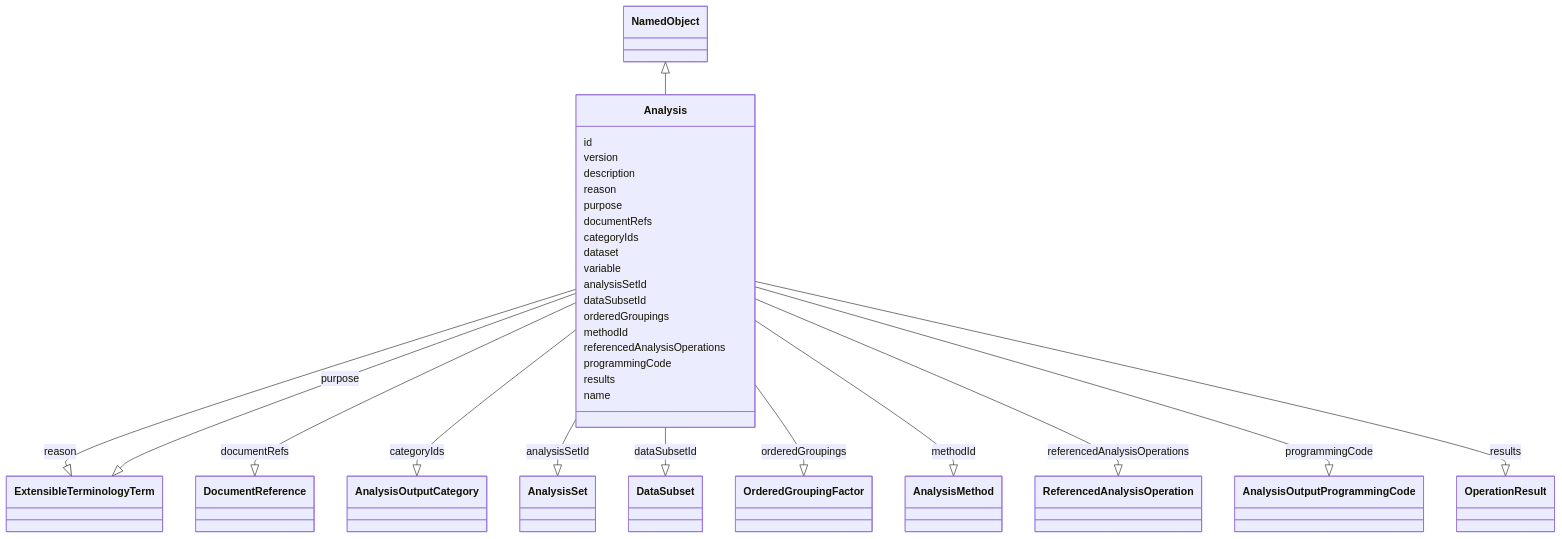
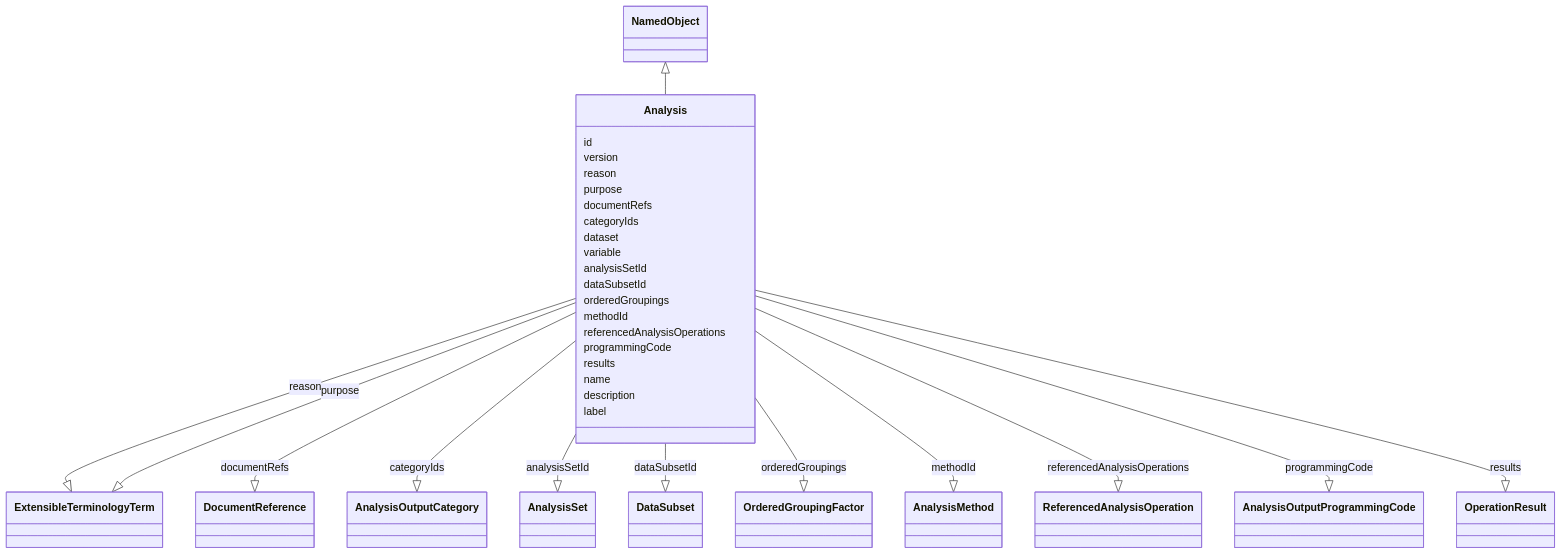
The diagram in project/docs/Analysis.md (cdisc-org/analysis-results-standard), drawn with Mermaid before and after one commit. The commit also changed other lines of this file and 132 other files, not shown here.

````diff
--- a/project/docs/Analysis.md
+++ b/project/docs/Analysis.md
@@ -23,35 +23,36 @@
 ```mermaid
  classDiagram
     class Analysis
       NamedObject <|-- Analysis
 
       Analysis : id
         Analysis : version
-        Analysis : description
         Analysis : reason
         Analysis --|> ExtensibleTerminologyTerm : reason
         Analysis : purpose
         Analysis --|> ExtensibleTerminologyTerm : purpose
         Analysis : documentRefs
         Analysis --|> DocumentReference : documentRefs
         Analysis : categoryIds
         Analysis --|> AnalysisOutputCategory : categoryIds
         Analysis : dataset
         Analysis : variable
         Analysis : analysisSetId
         Analysis --|> AnalysisSet : analysisSetId
         Analysis : dataSubsetId
         Analysis --|> DataSubset : dataSubsetId
         Analysis : orderedGroupings
         Analysis --|> OrderedGroupingFactor : orderedGroupings
         Analysis : methodId
         Analysis --|> AnalysisMethod : methodId
         Analysis : referencedAnalysisOperations
         Analysis --|> ReferencedAnalysisOperation : referencedAnalysisOperations
         Analysis : programmingCode
         Analysis --|> AnalysisOutputProgrammingCode : programmingCode
         Analysis : results
         Analysis --|> OperationResult : results
         Analysis : name
+        Analysis : description
+        Analysis : label
         
 ```
````
